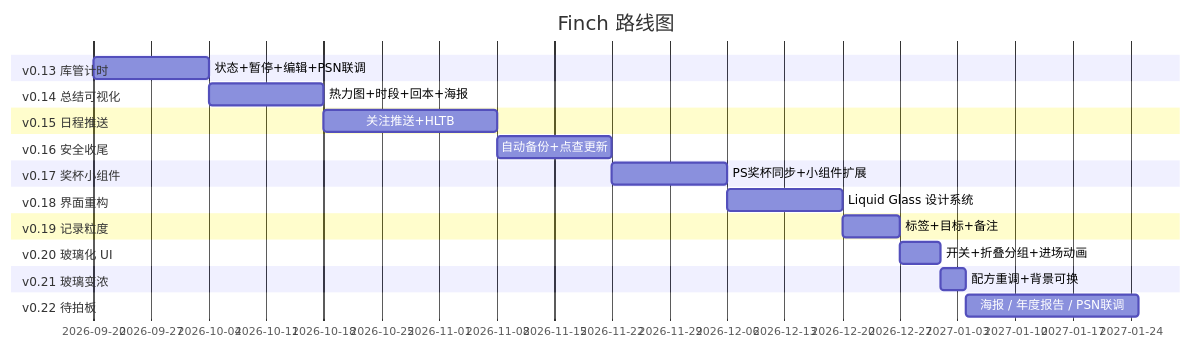
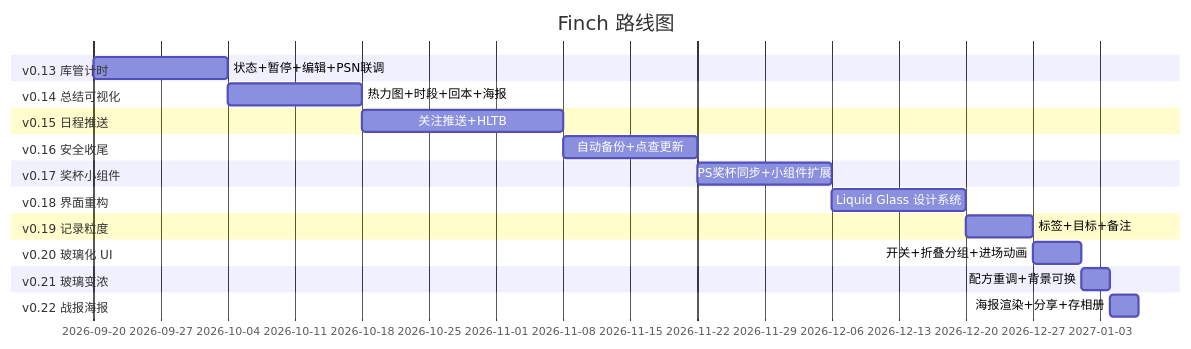
One commit to NeneRobo32/Finch changed the diagram in ROADMAP.md. Above: the diagram before and after it, drawn with Mermaid. The commit also changed other lines of this file and 11 other files, not shown here.

First line of the commit message:
v0.22.0：战报图片海报 v1

````diff
--- a/ROADMAP.md
+++ b/ROADMAP.md
@@ -50,25 +50,25 @@
 ```mermaid
 gantt
     title Finch 路线图
     dateFormat  YYYY-MM-DD
     section v0.13 库管计时
     状态+暂停+编辑+PSN联调       :a1, 2026-09-20, 14d
     section v0.14 总结可视化
     热力图+时段+回本+海报        :a2, after a1, 14d
     section v0.15 日程推送
     关注推送+HLTB               :a3, after a2, 21d
     section v0.16 安全收尾
     自动备份+点查更新           :a4, after a3, 14d
     section v0.17 奖杯小组件
     PS奖杯同步+小组件扩展        :a5, after a4, 14d
     section v0.18 界面重构
     Liquid Glass 设计系统        :a6, after a5, 14d
     section v0.19 记录粒度
     标签+目标+备注               :a7, after a6, 7d
     section v0.20 玻璃化 UI
     开关+折叠分组+进场动画       :a8, after a7, 5d
     section v0.21 玻璃变浓
     配方重调+背景可换            :a9, after a8, 3d
-    section v0.22 待拍板
-    海报 / 年度报告 / PSN联调    :a10, after a9, 21d
+    section v0.22 战报海报
+    海报渲染+分享+存相册         :a10, after a9, 3d
 ```
````
